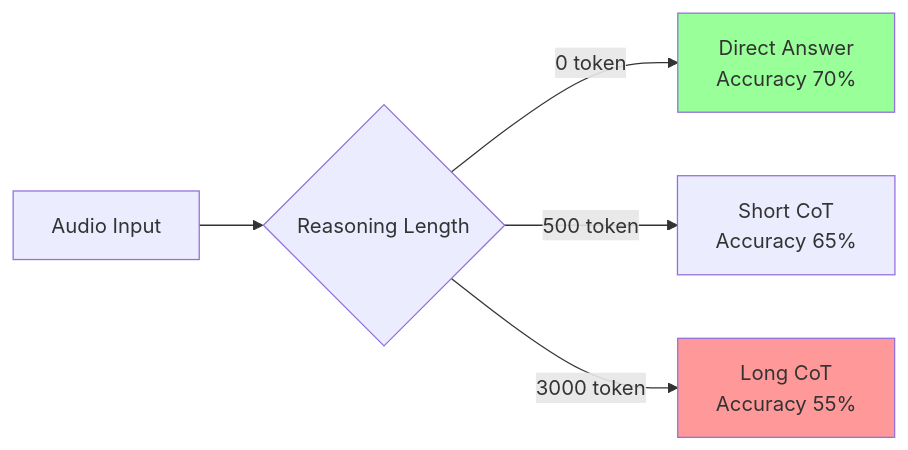
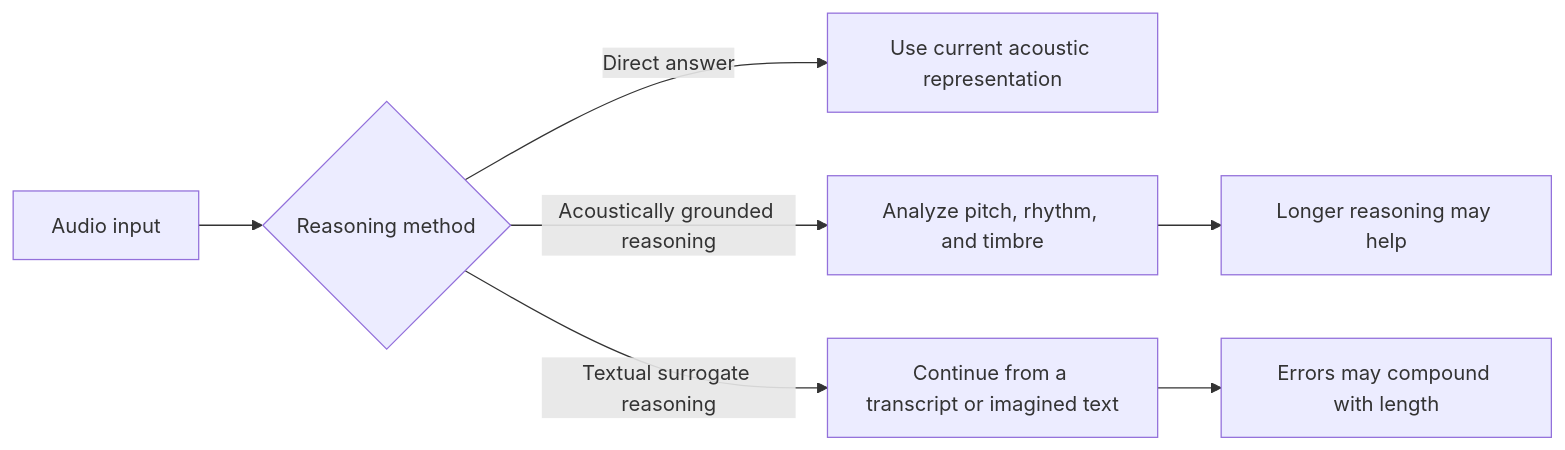
One commit to birhantprkc/hands-on-modern-rl changed the first of 4 diagrams in docs/en/chapter27_audio_rl/reward-design.md. Above: the diagram before and after it, drawn with Mermaid. The commit also changed other lines of this file and 7 other files, not shown here.

````diff
--- a/docs/en/chapter27_audio_rl/reward-design.md
+++ b/docs/en/chapter27_audio_rl/reward-design.md
@@ -71,9 +145,9 @@
 ```mermaid
 graph LR
-    A[Audio Input] --> B{Reasoning Length}
-    B -->|0 token| C[Direct Answer<br/>Accuracy 70%]
-    B -->|500 token| D[Short CoT<br/>Accuracy 65%]
-    B -->|3000 token| E[Long CoT<br/>Accuracy 55%]
-    style C fill:#9f9
-    style E fill:#f99
+    A[Audio input] --> B{Reasoning method}
+    B -->|Direct answer| C[Use current acoustic representation]
+    B -->|Acoustically grounded reasoning| D[Analyze pitch, rhythm, and timbre]
+    B -->|Textual surrogate reasoning| E[Continue from a transcript or imagined text]
+    D --> F[Longer reasoning may help]
+    E --> G[Errors may compound with length]
 ```
````
